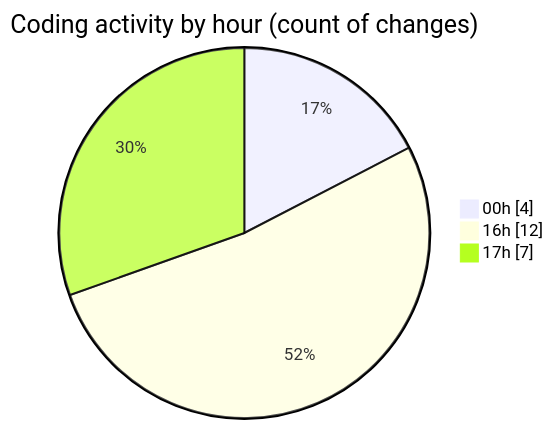
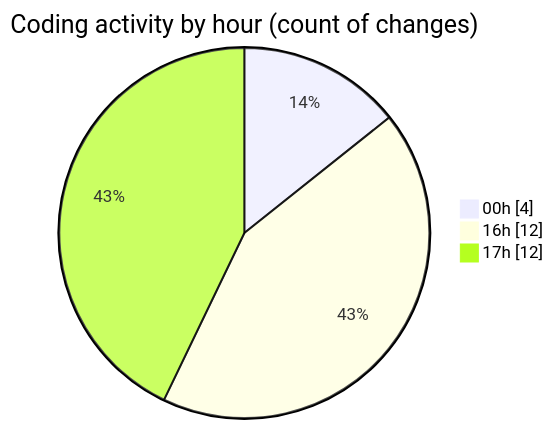
Before and after one commit to FixMe24/code-tracking: the second of 2 diagrams in 2025-05-20/fixme24/README.md, drawn with Mermaid. The commit also changed other lines of this file and 1 other file, not shown here.

````diff
--- a/2025-05-20/fixme24/README.md
+++ b/2025-05-20/fixme24/README.md
@@ -46,7 +47,7 @@
 ```mermaid
 pie showData
 title Coding activity by hour (count of changes)
 "00h" : 4
 "16h" : 12
-"17h" : 7
+"17h" : 12
 ```
````
